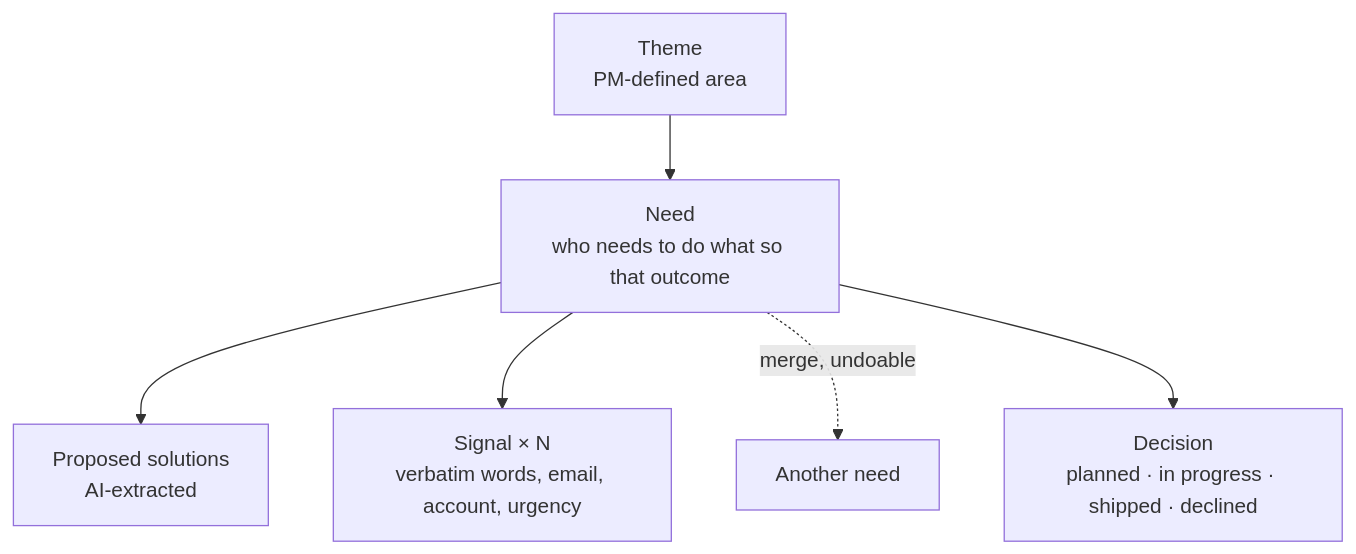
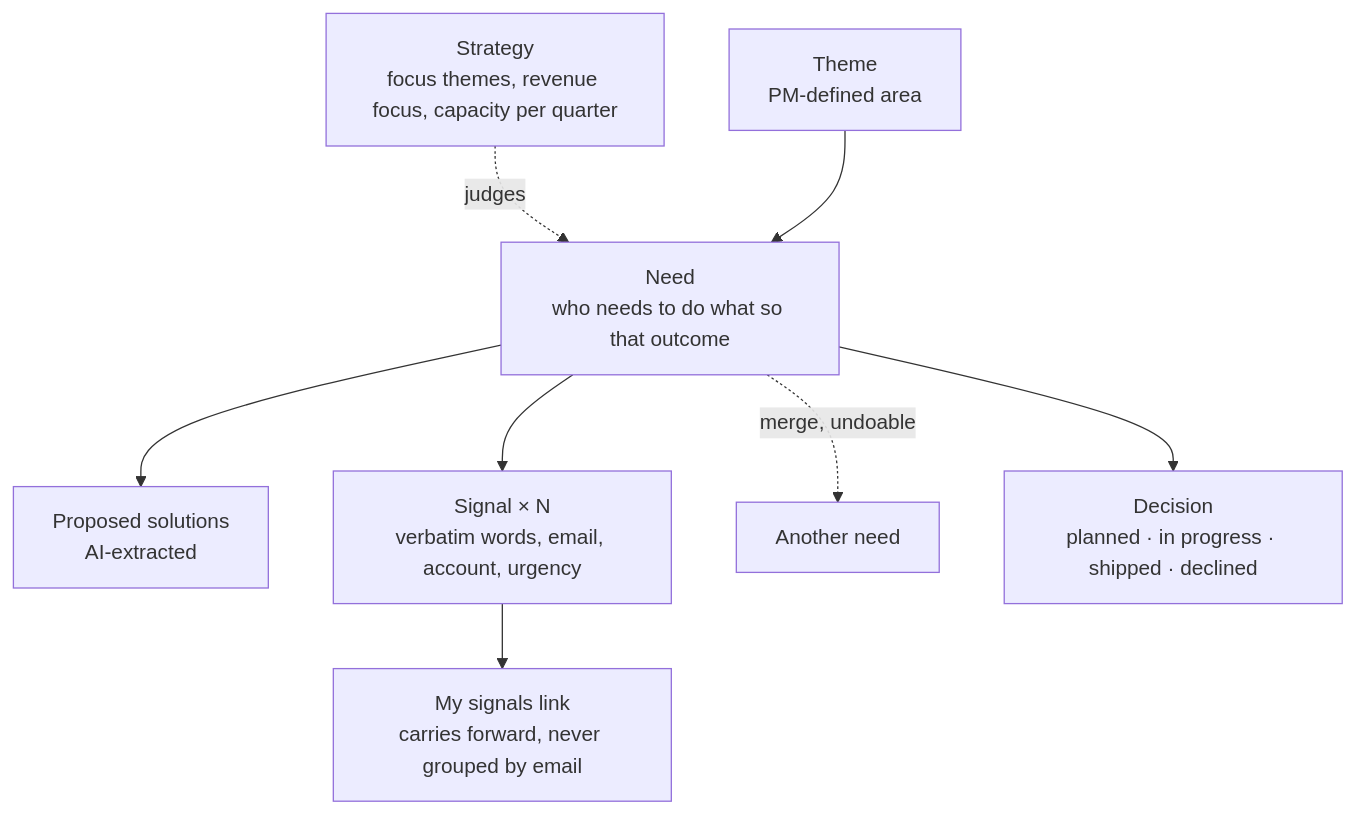
Before and after one commit to gaboesquivel/flow-signal: the first of 9 diagrams in docs/harness/product-workflows.md, drawn with Mermaid. The commit also changed other lines of this file and 7 other files, not shown here.

First line of the commit message:
docs(harness): refresh diagrams for specs 006, 007, and 010 (#12)

````diff
--- a/docs/harness/product-workflows.md
+++ b/docs/harness/product-workflows.md
@@ -7,8 +7,10 @@
 ```mermaid
 flowchart TD
+  ST[Strategy<br/>focus themes, revenue focus, capacity per quarter] -.judges.-> N
   T[Theme<br/>PM-defined area] --> N[Need<br/>who needs to do what so that outcome]
   N --> PS[Proposed solutions<br/>AI-extracted]
   N --> SG[Signal × N<br/>verbatim words, email, account, urgency]
+  SG --> L[My signals link<br/>carries forward, never grouped by email]
   N -. merge, undoable .-> N2[Another need]
   N --> D[Decision<br/>planned · in progress · shipped · declined]
 ```
````
